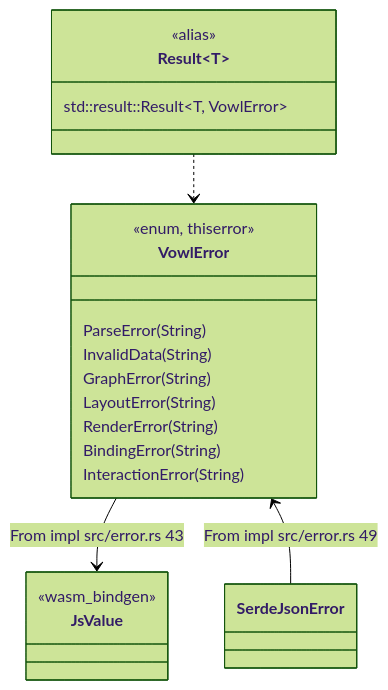
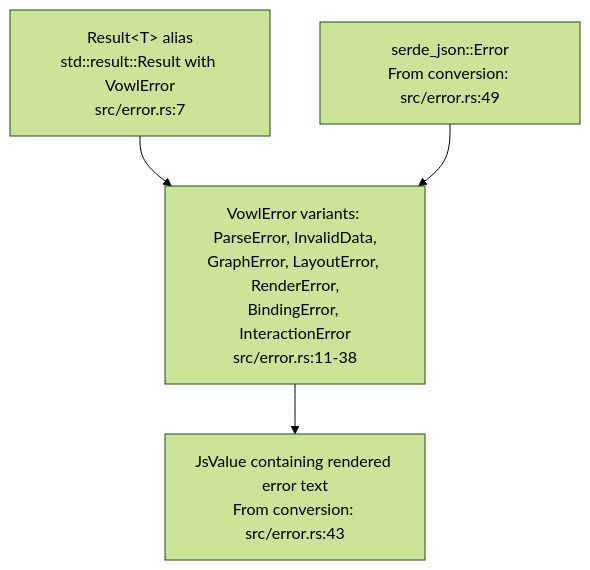
One commit to DreamLab-AI/VisionFlow changed the fourth of 6 diagrams in docs/diagrams/vowl-wasm/01-crate-composition-and-wasm-boundary.md. Above: the diagram before and after it, drawn with Mermaid (forest theme). The commit also changed other lines of this file and 35 other files, not shown here.

````diff
--- a/docs/diagrams/vowl-wasm/01-crate-composition-and-wasm-boundary.md
+++ b/docs/diagrams/vowl-wasm/01-crate-composition-and-wasm-boundary.md
@@ -80,23 +82,6 @@
 ```mermaid
-classDiagram
-    class VowlError {
-        <<enum, thiserror>>
-        ParseError(String)
-        InvalidData(String)
-        GraphError(String)
-        LayoutError(String)
-        RenderError(String)
-        BindingError(String)
-        InteractionError(String)
-    }
-    class Result~T~ {
-        <<alias>>
-        std::result::Result~T, VowlError~
-    }
-    class JsValue {
-        <<wasm_bindgen>>
-    }
-    VowlError --> JsValue : From impl src/error.rs 43
-    Result~T~ ..> VowlError
-    VowlError <-- SerdeJsonError : From impl src/error.rs 49
+flowchart TB
+    RESULT["Result&lt;T&gt; alias<br/>std::result::Result with VowlError<br/>src/error.rs:7"] --> ERR["VowlError variants: ParseError, InvalidData,<br/>GraphError, LayoutError, RenderError,<br/>BindingError, InteractionError<br/>src/error.rs:11-38"]
+    JSON["serde_json::Error<br/>From conversion: src/error.rs:49"] --> ERR
+    ERR --> JS["JsValue containing rendered error text<br/>From conversion: src/error.rs:43"]
 ```
````
